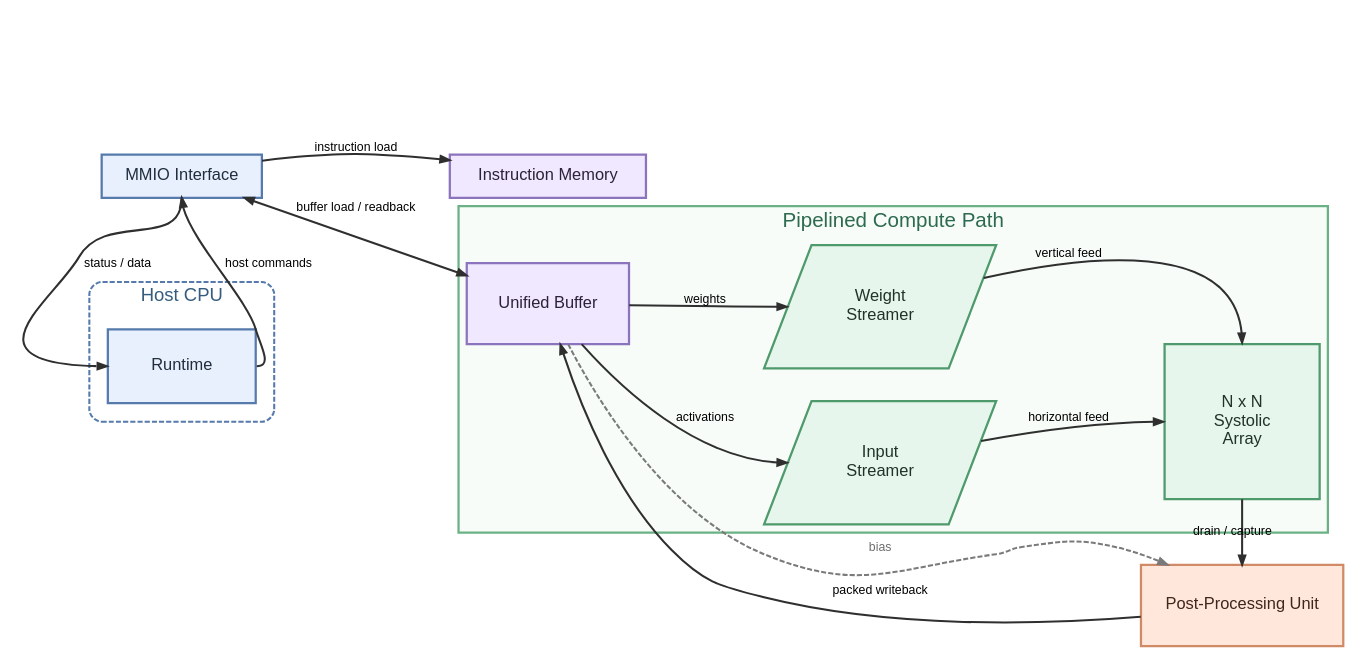
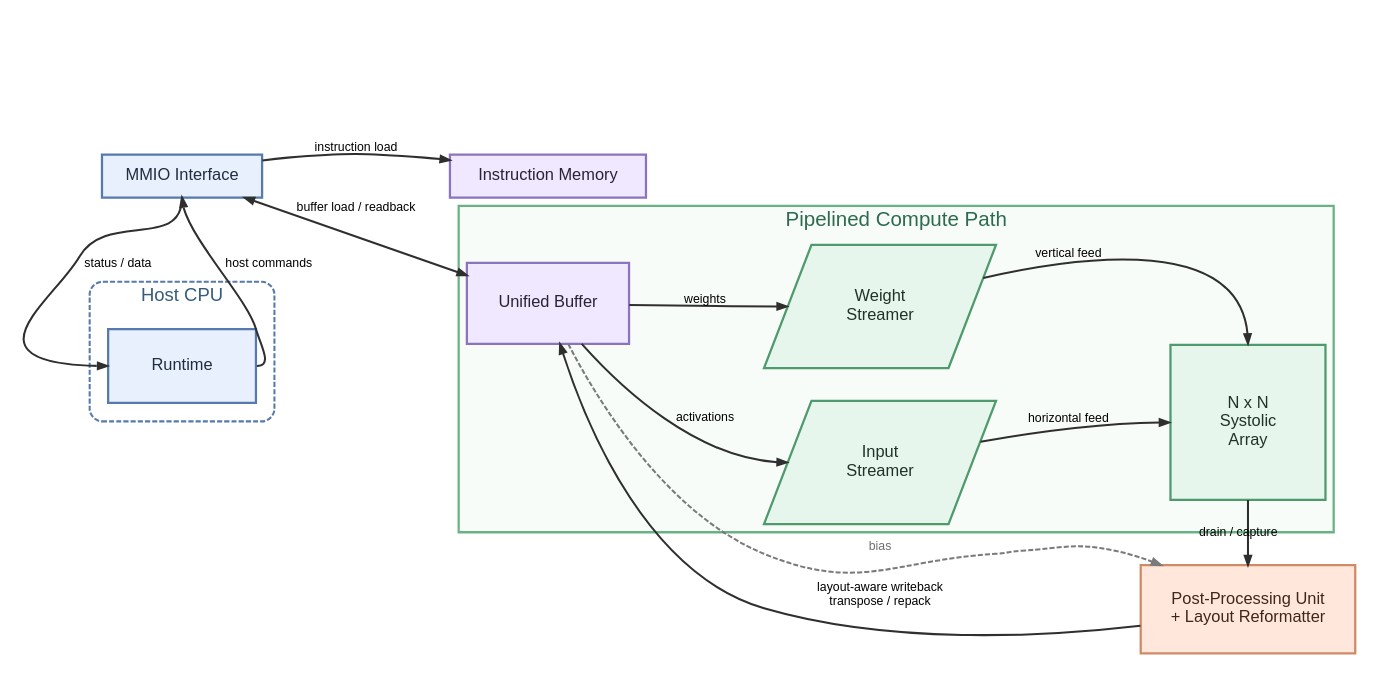
Before and after one commit to firatkizilboga/TinyNPU: the diagram in report/diagrams/hardware_architecture.dot, drawn with Graphviz. The commit also changed 10 other files, not shown here.

```diff
--- a/report/diagrams/hardware_architecture.dot
+++ b/report/diagrams/hardware_architecture.dot
@@ -1,87 +1,87 @@
 digraph TinyNPUArchitecture {
     graph [
         rankdir=LR,
         newrank=true,
         splines=true,
         pad=0.2,
         nodesep=0.45,
         ranksep=0.7,
         bgcolor="white",
         fontname="Helvetica",
         fontsize=20
     ];
 
     node [
         shape=box,
         style="filled",
         fontname="Helvetica",
         fontsize=16,
         penwidth=2.2,
         margin="0.24,0.16"
     ];
 
     edge [
         fontname="Helvetica",
         fontsize=12,
         color="#2f2f2f",
         penwidth=2.0,
         arrowsize=0.9,
         labeldistance=2.0
     ];
 
     subgraph cluster_hostcpu {
         label="Host CPU";
         color="#557aab";
         penwidth=2.0;
         style="rounded,dashed";
         fillcolor="white";
         fontcolor="#355c7d";
         fontsize=18;
         margin="18,30";
 
         Runtime [label="Runtime", fillcolor="#e8f0fe", color="#557aab", fontcolor="#1f2d3d", width=2.0, height=1.0];
     }
     MMIO [label="MMIO Interface", fillcolor="#e8f0fe", color="#557aab", fontcolor="#1f2d3d"];
     IM [label="Instruction Memory", fillcolor="#efe8ff", color="#8b74bd", fontcolor="#2c2236"];
     RuntimeMMIOSpacer [label="", shape=point, width=0.18, height=0.01, style=invis];
 
     subgraph cluster_pipeline {
         label="Pipelined Compute Path";
         color="#6ab285";
         penwidth=2.2;
         style="filled";
         fillcolor="#f7fcf8";
         fontcolor="#2d6a4f";
         fontsize=20;
 
         UB [label="Unified Buffer", fillcolor="#efe8ff", color="#8b74bd", fontcolor="#2c2236", width=2.2, height=1.1];
         InStream [label="Input\nStreamer", shape=parallelogram, skew=0.4, fillcolor="#e7f6ec", color="#4f9a6c", fontcolor="#1f3328", width=2.0, height=1.1];
         WtStream [label="Weight\nStreamer", shape=parallelogram, skew=0.4, fillcolor="#e7f6ec", color="#4f9a6c", fontcolor="#1f3328", width=2.0, height=1.1];
         SA [label="N x N\nSystolic\nArray", shape=box, width=2.1, height=2.1, fixedsize=true, fillcolor="#e7f6ec", color="#4f9a6c", fontcolor="#1f3328"];
 
         UB -> InStream:w [label="activations"];
         UB -> WtStream:w [label="weights"];
         InStream -> SA:w [label="horizontal feed"];
         WtStream -> SA:n [label="vertical feed"];
     }
 
-    PPU [label="Post-Processing Unit", fillcolor="#ffe8db", color="#d18a66", fontcolor="#40261d", width=2.4, height=1.1];
+    PPU [label="Post-Processing Unit\n+ Layout Reformatter", fillcolor="#ffe8db", color="#d18a66", fontcolor="#40261d", width=2.6, height=1.2];
 
     { rank=min; Runtime; }
     { rank=same; Runtime; RuntimeMMIOSpacer; MMIO; }
     { rank=same; IM; UB; }
     { rank=same; SA; PPU; }
 
     Runtime:e -> MMIO:s [minlen=2, label="host commands"];
     MMIO:s -> Runtime:w [minlen=2, label="status / data"];
     MMIO -> IM [label="instruction load"];
     MMIO -> UB [dir=both, label="buffer load / readback"];
     SA -> PPU [label="drain / capture", minlen=1];
     UB -> PPU [constraint=false, style=dashed, label="bias", fontcolor="#6e6e6e", color="#7a7a7a"];
-    PPU -> UB [constraint=false, label="packed writeback"];
+    PPU -> UB [constraint=false, label="layout-aware writeback\ntranspose / repack"];
 
     Runtime -> RuntimeMMIOSpacer [style=invis, minlen=2];
     RuntimeMMIOSpacer -> MMIO [style=invis, minlen=2];
     MMIO -> IM [style=invis, weight=40];
     IM -> UB [style=invis, weight=20];
 }
```
